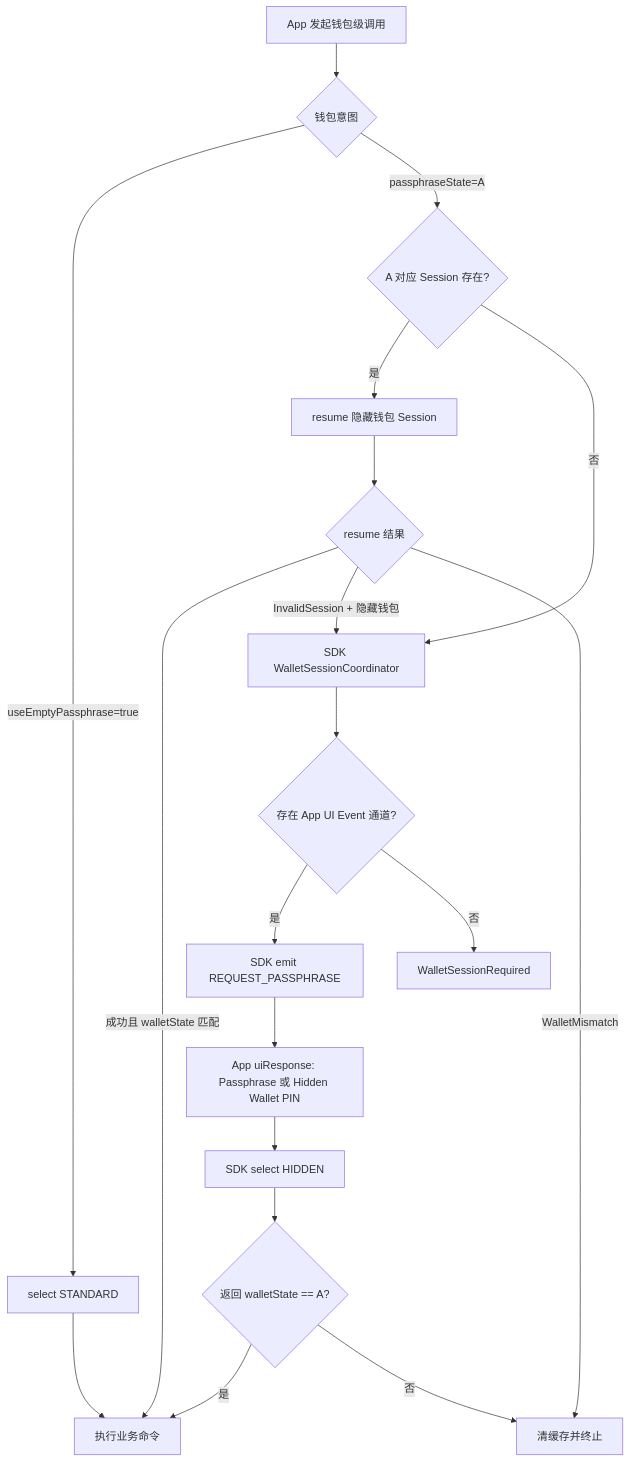
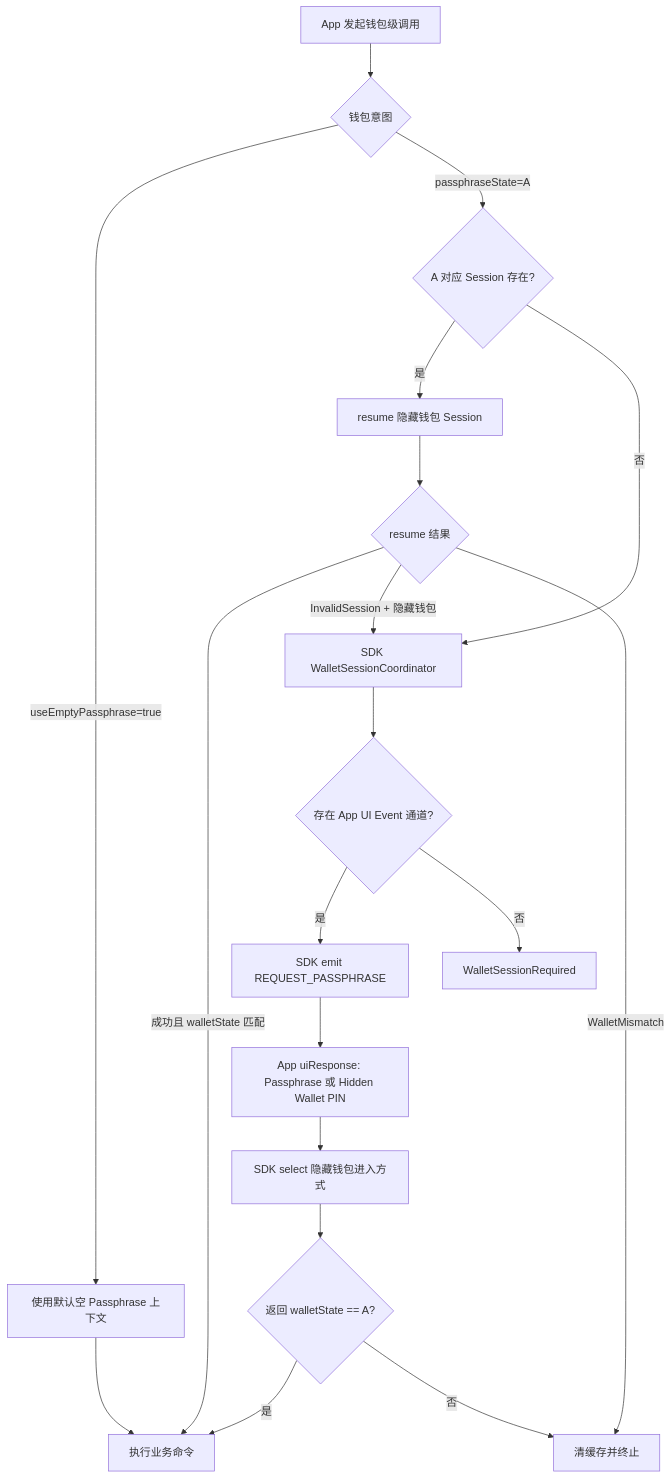
One commit to OneKeyHQ/hardware-js-sdk changed the first of 4 diagrams in docs/superpowers/specs/2026-07-16-pro2-eventless-wallet-session-design.md. Above: the diagram before and after it, drawn with Mermaid. The commit also changed other lines of this file and 51 other files, not shown here.

````diff
--- a/docs/superpowers/specs/2026-07-16-pro2-eventless-wallet-session-design.md
+++ b/docs/superpowers/specs/2026-07-16-pro2-eventless-wallet-session-design.md
@@ -103,26 +104,26 @@
 ```mermaid
 flowchart TD
     Call[App 发起钱包级调用] --> Intent{钱包意图}
 
-    Intent -->|useEmptyPassphrase=true| SelectStandard[select STANDARD]
+    Intent -->|useEmptyPassphrase=true| Standard[使用默认空 Passphrase 上下文]
 
     Intent -->|passphraseState=A| HiddenCache{A 对应 Session 存在?}
     HiddenCache -->|是| ResumeHidden[resume 隐藏钱包 Session]
     HiddenCache -->|否| Coordinator[SDK WalletSessionCoordinator]
 
     ResumeHidden --> ResumeResult{resume 结果}
     ResumeResult -->|成功且 walletState 匹配| Business[执行业务命令]
     ResumeResult -->|InvalidSession + 隐藏钱包| Coordinator
     ResumeResult -->|WalletMismatch| Stop[清缓存并终止]
 
     Coordinator --> UiAvailable{存在 App UI Event 通道?}
     UiAvailable -->|是| Event[SDK emit REQUEST_PASSPHRASE]
     UiAvailable -->|否| Required[WalletSessionRequired]
     Event --> Choice[App uiResponse: Passphrase 或 Hidden Wallet PIN]
-    Choice --> SelectHidden[SDK select HIDDEN]
+    Choice --> SelectHidden[SDK select 隐藏钱包进入方式]
     SelectHidden --> Verify{返回 walletState == A?}
     Verify -->|是| Business
     Verify -->|否| Stop
 
-    SelectStandard --> Business
+    Standard --> Business
 ```
````
